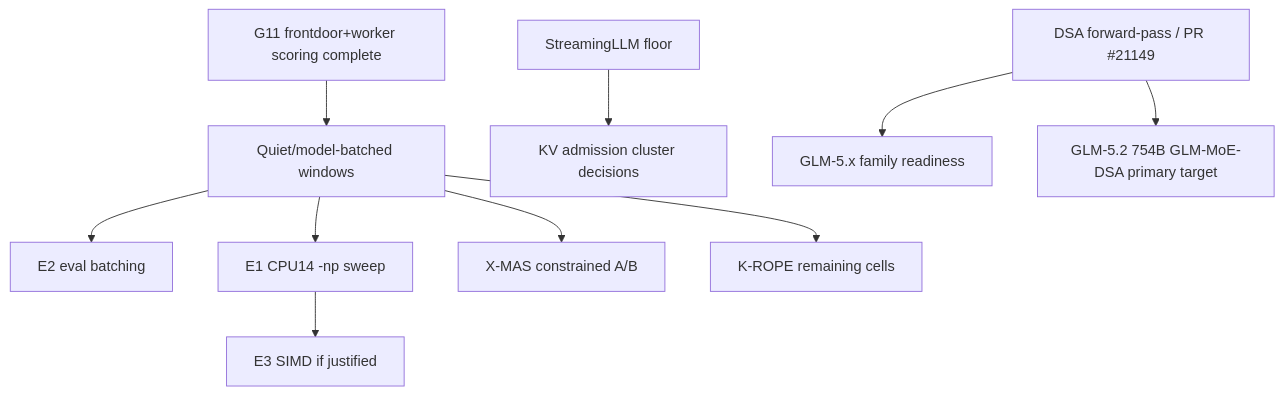
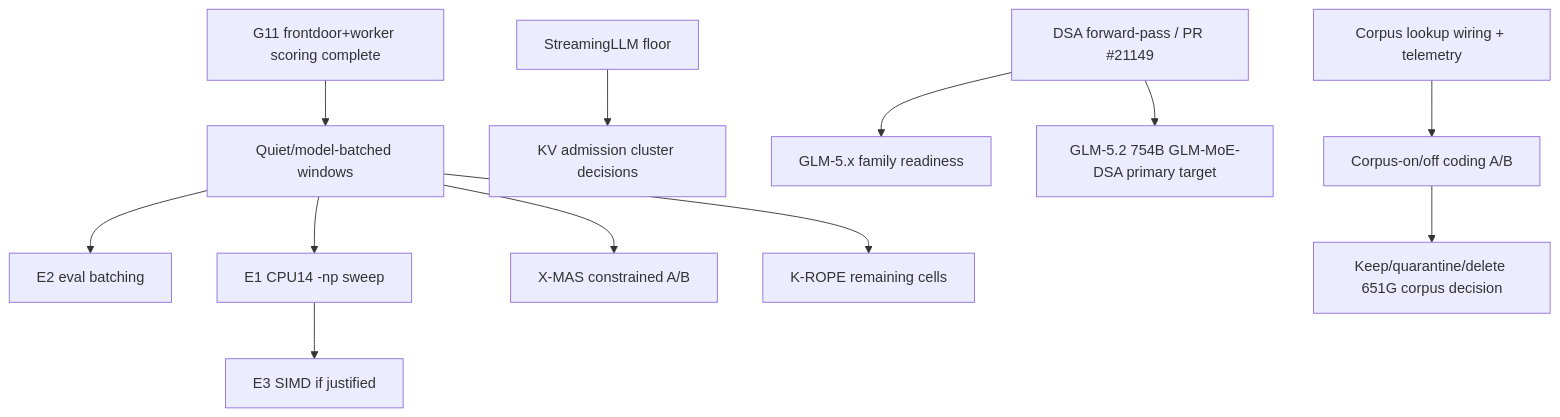
Before and after one commit to pestopoppa/epyc-root: the diagram in handoffs/active/inference-acceleration-index.md, drawn with Mermaid. The commit also changed other lines of this file and 2 other files, not shown here.

Commit message:
Track corpus prompt lookup revalidation

````diff
--- a/handoffs/active/inference-acceleration-index.md
+++ b/handoffs/active/inference-acceleration-index.md
@@ -62,12 +63,14 @@
 ```mermaid
 flowchart TD
     G11[G11 frontdoor+worker scoring complete] --> Quiet[Quiet/model-batched windows]
     Quiet --> E2[E2 eval batching]
     Quiet --> E1[E1 CPU14 -np sweep]
     E1 --> E3[E3 SIMD if justified]
     Quiet --> Xmas[X-MAS constrained A/B]
     Quiet --> KROPE[K-ROPE remaining cells]
     Streaming[StreamingLLM floor] --> KVCluster[KV admission cluster decisions]
     DSAfwd[DSA forward-pass / PR #21149] --> GLM[GLM-5.x family readiness]
     DSAfwd --> GLM52[GLM-5.2 754B GLM-MoE-DSA primary target]
+    CPL1[Corpus lookup wiring + telemetry] --> CPL4[Corpus-on/off coding A/B]
+    CPL4 --> CPL5[Keep/quarantine/delete 651G corpus decision]
 ```
````
